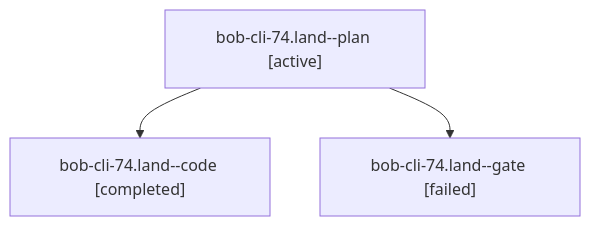
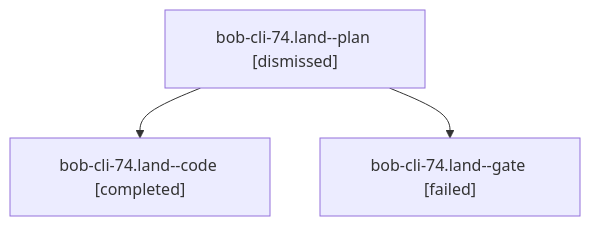
One commit to bobs-org/bob-cli--agents changed the diagram in sessions/bbugyi200.apollo.bob-cli-74.land.md. Above: the diagram before and after it, drawn with Mermaid. The commit also changed other lines of this file and 139 other files, not shown here.

````diff
--- a/sessions/bbugyi200.apollo.bob-cli-74.land.md
+++ b/sessions/bbugyi200.apollo.bob-cli-74.land.md
@@ -9,8 +9,8 @@
 ```mermaid
 flowchart TD
-  n0["bob-cli-74.land--plan [active]"]
+  n0["bob-cli-74.land--plan [dismissed]"]
   n1["bob-cli-74.land--code [completed]"]
   n0 --> n1
   n2["bob-cli-74.land--gate [failed]"]
   n0 --> n2
 ```
````
